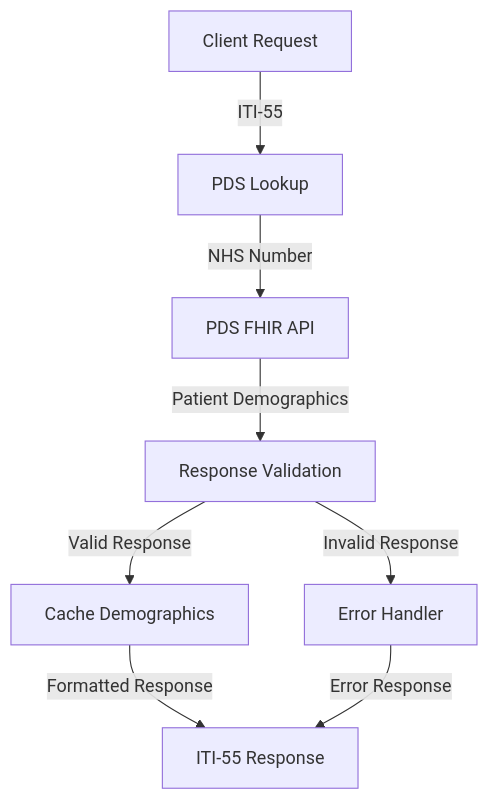
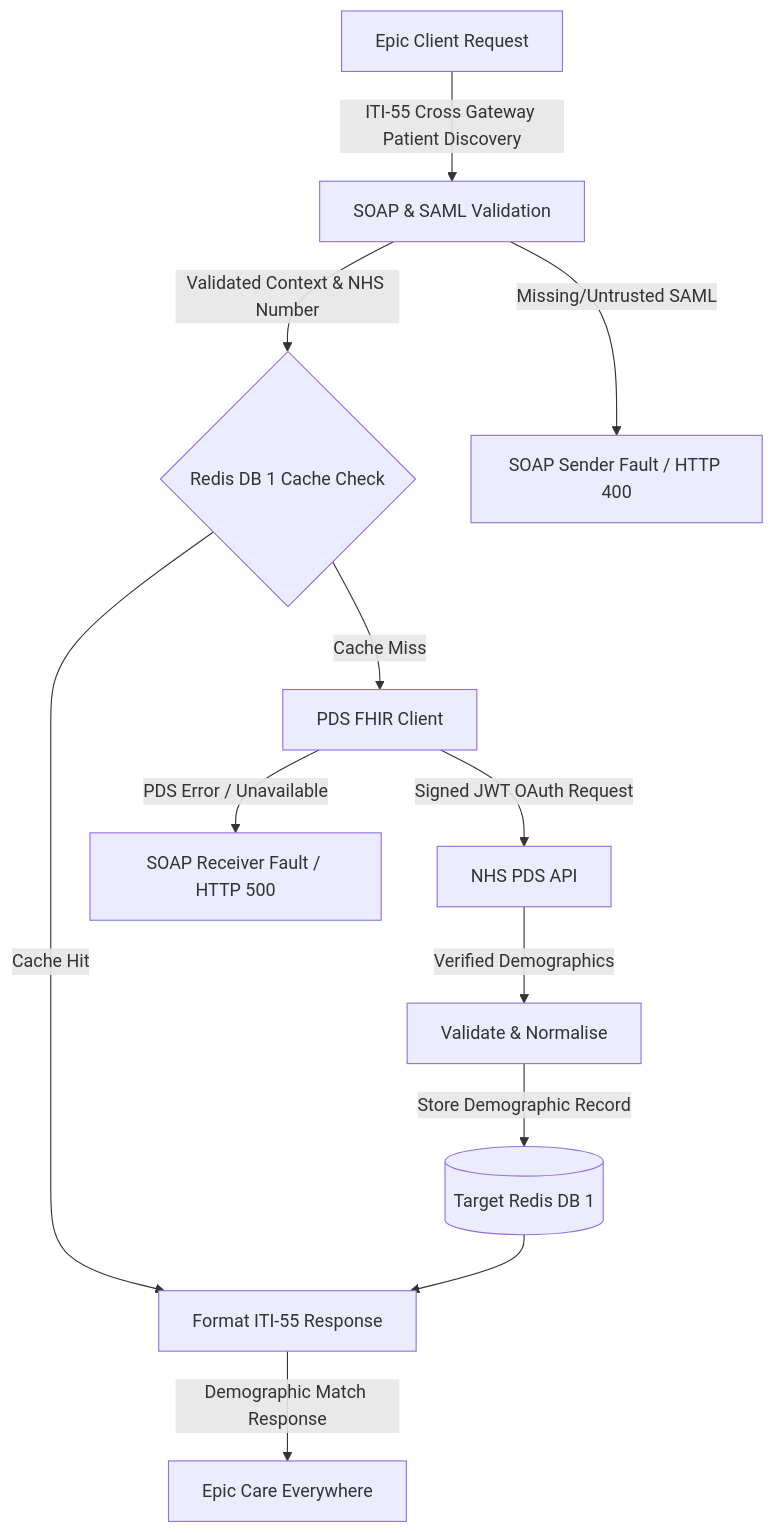
The first of 9 diagrams in docs/architecture/data_flow.md (UCLH-Digital-Innovation-Hub/Xhuma), drawn with Mermaid before and after one commit. The commit also changed other lines of this file and 13 other files, not shown here.

````diff
--- a/docs/architecture/data_flow.md
+++ b/docs/architecture/data_flow.md
@@ -6,10 +10,14 @@
 ```mermaid
 flowchart TD
-    A[Client Request] -->|ITI-55| B[PDS Lookup]
-    B -->|NHS Number| C[PDS FHIR API]
-    C -->|Patient Demographics| D[Response Validation]
-    D -->|Valid Response| E[Cache Demographics]
-    E -->|Formatted Response| F[ITI-55 Response]
-    D -->|Invalid Response| G[Error Handler]
-    G -->|Error Response| F
+    A[Epic Client Request] -->|ITI-55 Cross Gateway Patient Discovery| B[SOAP & SAML Validation]
+    B -->|Validated Context & NHS Number| C{Redis DB 1 Cache Check}
+    C -->|Cache Hit| F[Format ITI-55 Response]
+    C -->|Cache Miss| D[PDS FHIR Client]
+    D -->|Signed JWT OAuth Request| E[NHS PDS API]
+    E -->|Verified Demographics| G[Validate & Normalise]
+    G -->|Store Demographic Record| H[(Target Redis DB 1)]
+    H --> F
+    F -->|Demographic Match Response| I[Epic Care Everywhere]
+    B -->|Missing/Untrusted SAML| J[SOAP Sender Fault / HTTP 400]
+    D -->|PDS Error / Unavailable| K[SOAP Receiver Fault / HTTP 500]
 ```
````
